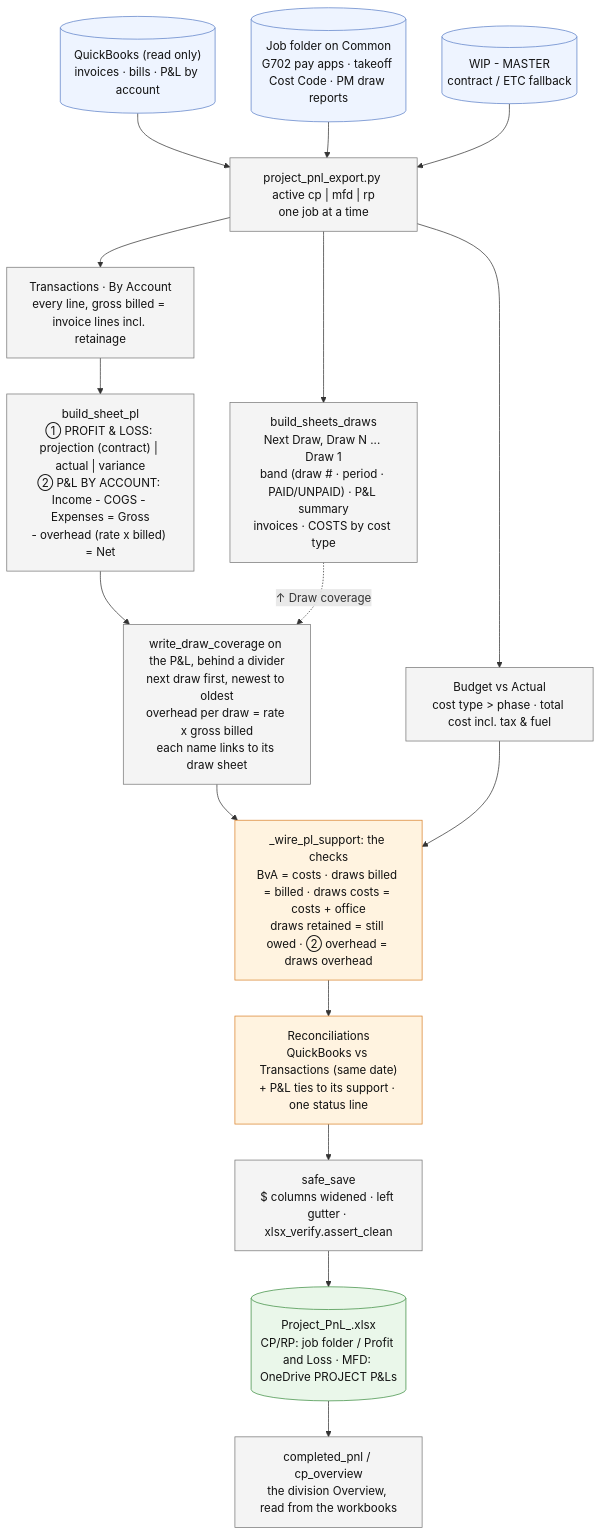
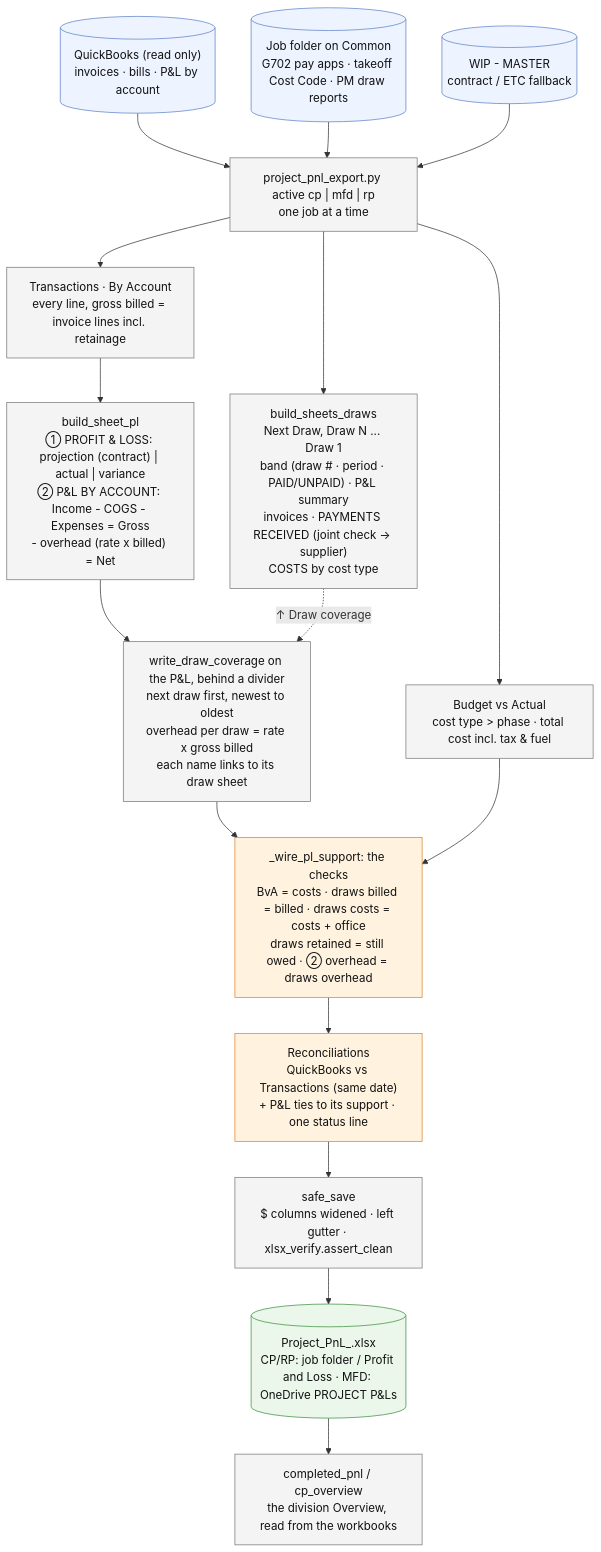
One commit to Ecarlo-Proficient/Claude-Report changed the diagram in project-pnl/FLOW.md. Above: the diagram before and after it, drawn with Mermaid. The commit also changed other lines of this file and 8 other files, not shown here.

````diff
--- a/project-pnl/FLOW.md
+++ b/project-pnl/FLOW.md
@@ -12,25 +12,25 @@
 ```mermaid
 flowchart TD
     classDef src fill:#eef4ff,stroke:#5b7fc7,color:#111
     classDef tool fill:#f4f4f4,stroke:#777,color:#111
     classDef gate fill:#fff3e0,stroke:#d9822b,color:#111
     classDef out fill:#eaf7ea,stroke:#3c8d40,color:#111
 
     QBO[("QuickBooks (read only)<br/>invoices · bills · P&L by account")]:::src
     DOCS[("Job folder on Common<br/>G702 pay apps · takeoff Cost Code · PM draw reports")]:::src
     WIP[("WIP - MASTER<br/>contract / ETC fallback")]:::src
     QBO & DOCS & WIP --> GEN["project_pnl_export.py active cp | mfd | rp<br/>one job at a time"]:::tool
 
     GEN --> TX["Transactions · By Account<br/>every line, gross billed = invoice lines incl. retainage"]:::tool
-    GEN --> DRW["build_sheets_draws<br/>Next Draw, Draw N ... Draw 1<br/>band (draw # · period · PAID/UNPAID) · P&L summary<br/>invoices · COSTS by cost type"]:::tool
+    GEN --> DRW["build_sheets_draws<br/>Next Draw, Draw N ... Draw 1<br/>band (draw # · period · PAID/UNPAID) · P&L summary<br/>invoices · PAYMENTS RECEIVED (joint check -> supplier)<br/>COSTS by cost type"]:::tool
     GEN --> BVA["Budget vs Actual<br/>cost type > phase · total cost incl. tax & fuel"]:::tool
     TX --> PL["build_sheet_pl<br/>① PROFIT & LOSS: projection (contract) | actual | variance<br/>② P&L BY ACCOUNT: Income - COGS - Expenses = Gross<br/>- overhead (rate x billed) = Net"]:::tool
     PL --> COV["write_draw_coverage on the P&L, behind a divider<br/>next draw first, newest to oldest<br/>overhead per draw = rate x gross billed<br/>each name links to its draw sheet"]:::tool
     DRW -. "↑ Draw coverage" .-> COV
     COV --> CHK["_wire_pl_support: the checks<br/>BvA = costs · draws billed = billed · draws costs = costs + office<br/>draws retained = still owed · ② overhead = draws overhead"]:::gate
     BVA --> CHK
     CHK --> REC["Reconciliations<br/>QuickBooks vs Transactions (same date)<br/>+ P&L ties to its support · one status line"]:::gate
     REC --> SAVE["safe_save<br/>$ columns widened · left gutter · xlsx_verify.assert_clean"]:::tool
     SAVE --> OUT[("Project_PnL_<job>.xlsx<br/>CP/RP: job folder / Profit and Loss · MFD: OneDrive PROJECT P&Ls")]:::out
     OUT --> OV["completed_pnl / cp_overview<br/>the division Overview, read from the workbooks"]:::tool
 ```
````
